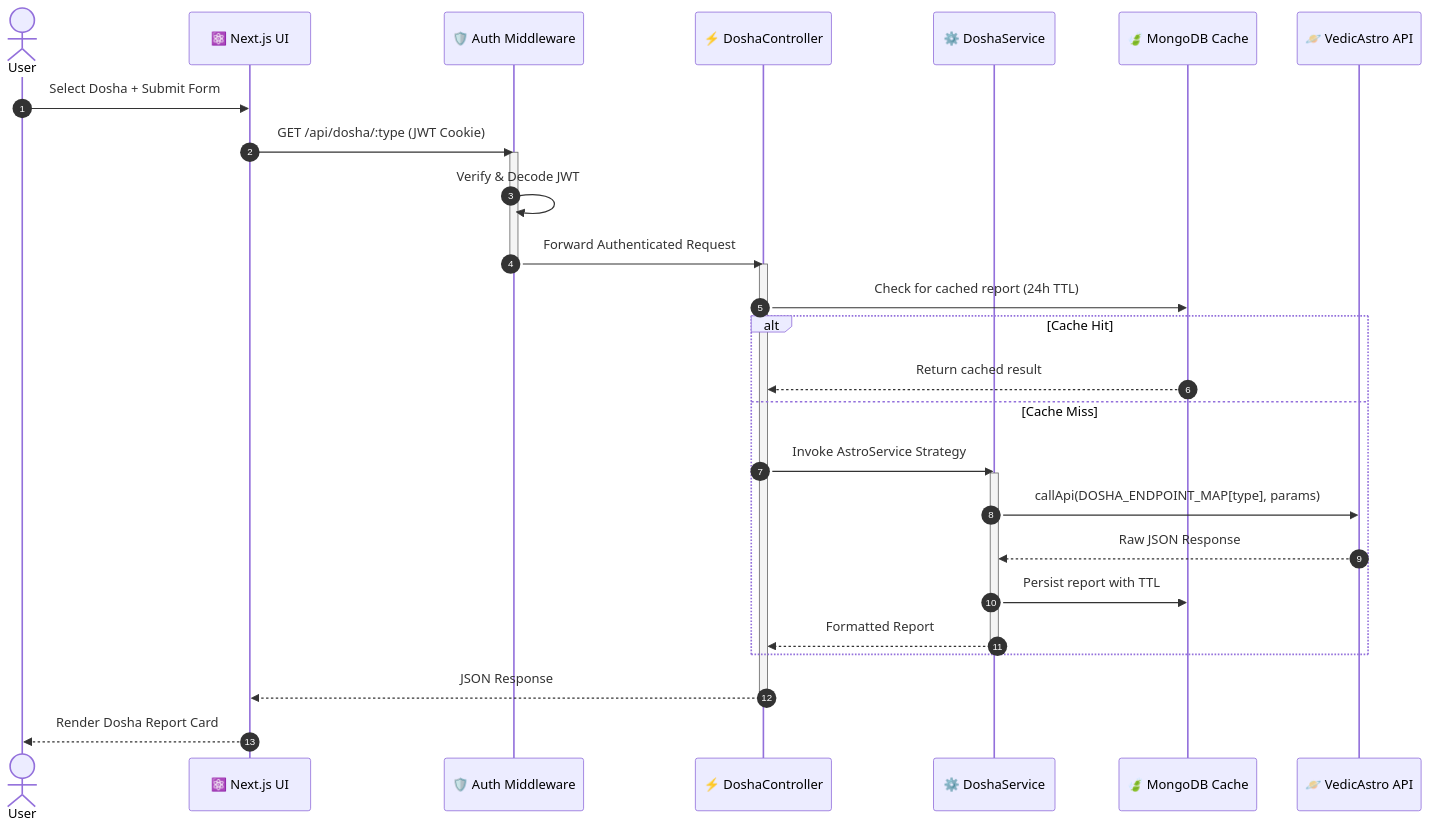
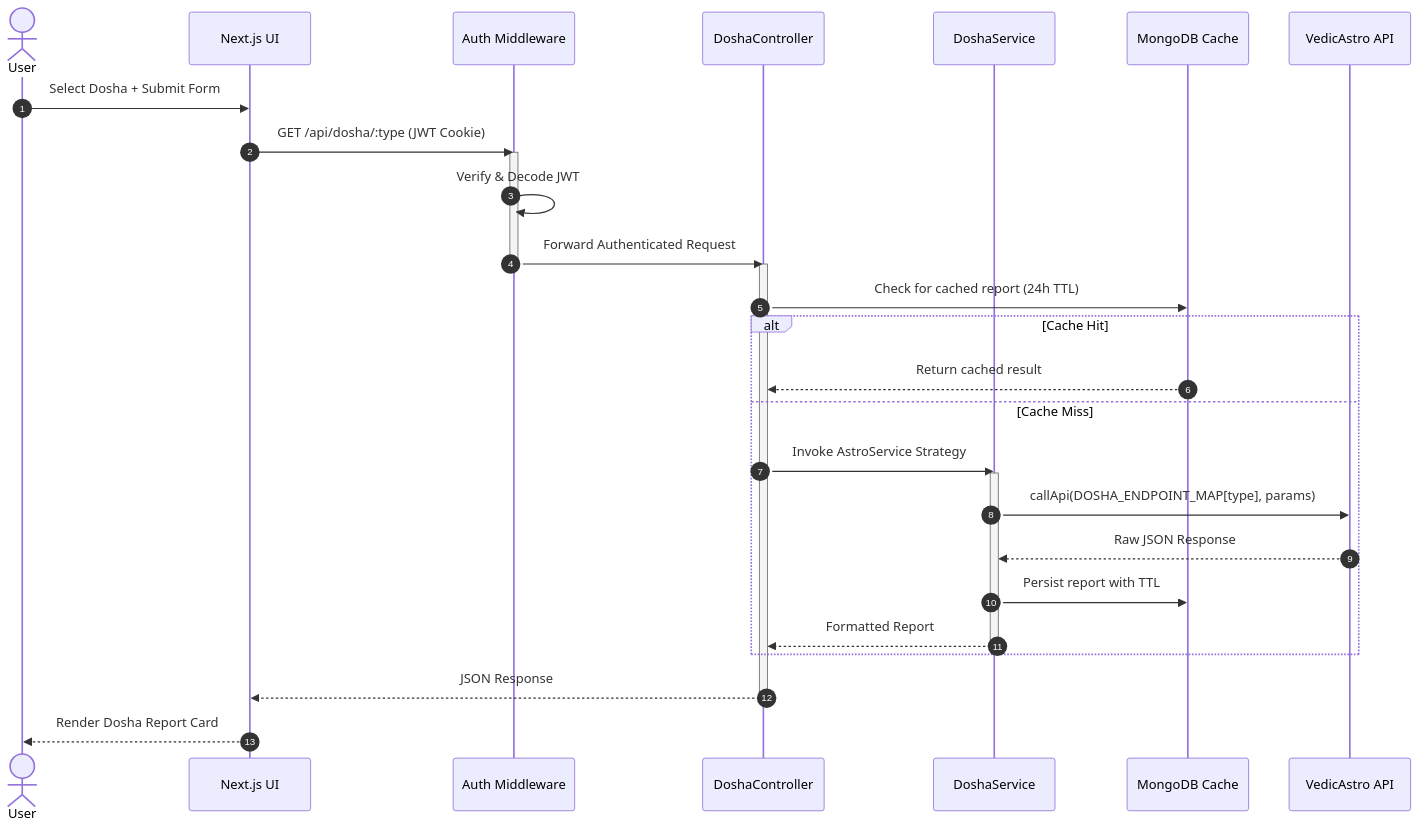
Before and after one commit to hrishidongre/SDSE-Project: the second of 2 diagrams in README.md, drawn with Mermaid. The commit also changed other lines of this file, not shown here.

````diff
--- a/README.md
+++ b/README.md
@@ -138,34 +138,34 @@
 ```mermaid
 sequenceDiagram
     autonumber
     actor User
-    participant Frontend as ⚛️ Next.js UI
-    participant Auth as 🛡️ Auth Middleware
-    participant Controller as ⚡ DoshaController
-    participant Service as ⚙️ DoshaService
-    participant Cache as 🍃 MongoDB Cache
-    participant API as 🪐 VedicAstro API
+    participant Frontend as  Next.js UI
+    participant Auth as  Auth Middleware
+    participant Controller as  DoshaController
+    participant Service as  DoshaService
+    participant Cache as  MongoDB Cache
+    participant API as  VedicAstro API
 
     User->>Frontend: Select Dosha + Submit Form
     Frontend->>Auth: GET /api/dosha/:type (JWT Cookie)
     activate Auth
     Auth->>Auth: Verify & Decode JWT
     Auth->>Controller: Forward Authenticated Request
     deactivate Auth
     activate Controller
     Controller->>Cache: Check for cached report (24h TTL)
     alt Cache Hit
         Cache-->>Controller: Return cached result
     else Cache Miss
         Controller->>Service: Invoke AstroService Strategy
         activate Service
         Service->>API: callApi(DOSHA_ENDPOINT_MAP[type], params)
         API-->>Service: Raw JSON Response
         Service->>Cache: Persist report with TTL
         Service-->>Controller: Formatted Report
         deactivate Service
     end
     Controller-->>Frontend: JSON Response
     deactivate Controller
     Frontend-->>User: Render Dosha Report Card
 ```
````
